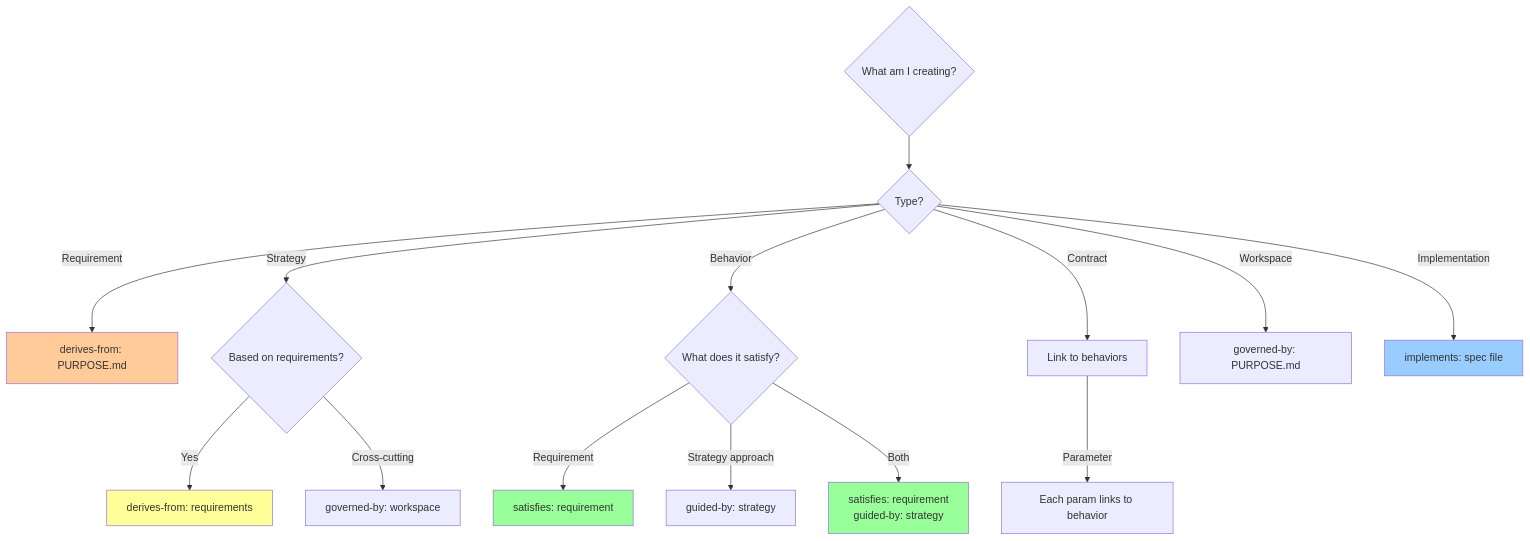
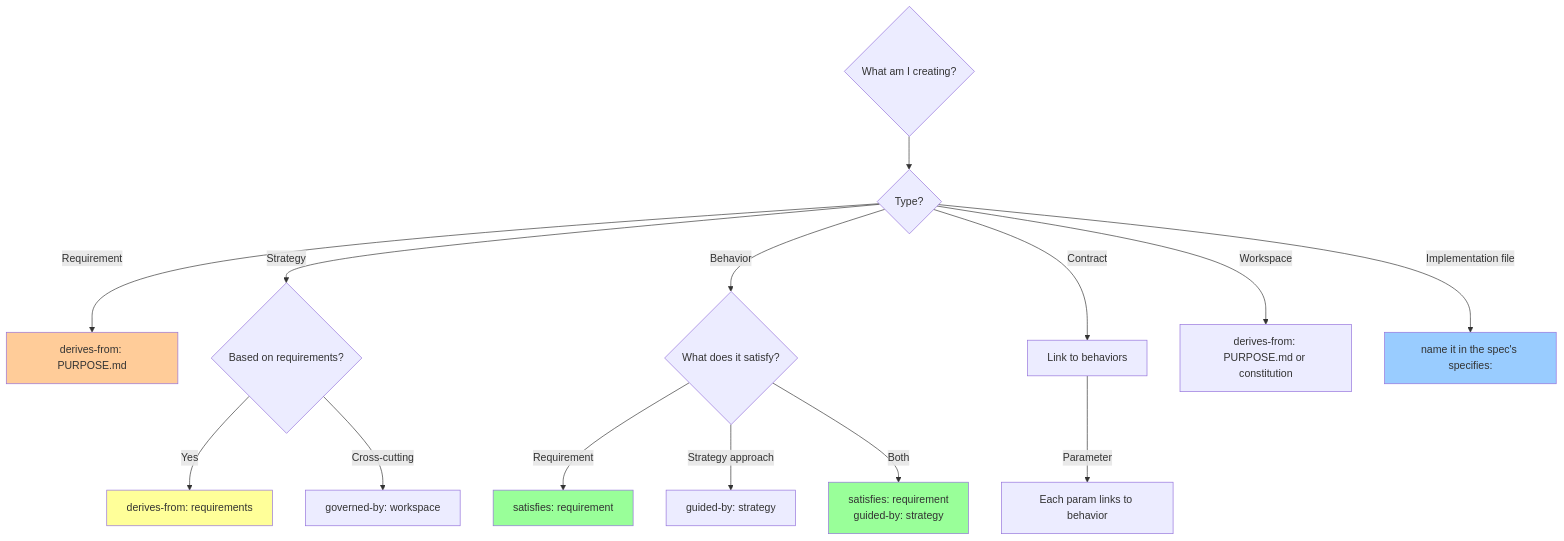
The diagram in references/guides/frontmatter-relationships.md (chrs-myrs/livespec), drawn with Mermaid before and after one commit. The commit also changed other lines of this file and 28 other files, not shown here.

````diff
--- a/references/guides/frontmatter-relationships.md
+++ b/references/guides/frontmatter-relationships.md
@@ -24,26 +30,26 @@
 ```mermaid
 flowchart TD
     Start{What am I creating?} --> Type{Type?}
 
     Type -->|Requirement| Req[derives-from: PURPOSE.md]
     Type -->|Strategy| Strat{Based on requirements?}
     Type -->|Behavior| Beh{What does it satisfy?}
     Type -->|Contract| Cont[Link to behaviors]
-    Type -->|Workspace| Work[governed-by: PURPOSE.md]
-    Type -->|Implementation| Impl[implements: spec file]
+    Type -->|Workspace| Work[derives-from: PURPOSE.md or constitution]
+    Type -->|Implementation file| Impl[name it in the spec's specifies:]
 
     Strat -->|Yes| StratReq[derives-from: requirements]
     Strat -->|Cross-cutting| StratGov[governed-by: workspace]
 
     Beh -->|Requirement| BehSat[satisfies: requirement]
     Beh -->|Strategy approach| BehGuide[guided-by: strategy]
     Beh -->|Both| BehDual[satisfies: requirement<br/>guided-by: strategy]
 
     Cont -->|Parameter| ContBeh[Each param links to behavior]
 
     style Req fill:#ffcc99
     style StratReq fill:#ffff99
     style BehSat fill:#99ff99
     style BehDual fill:#99ff99
     style Impl fill:#99ccff
 ```
````
